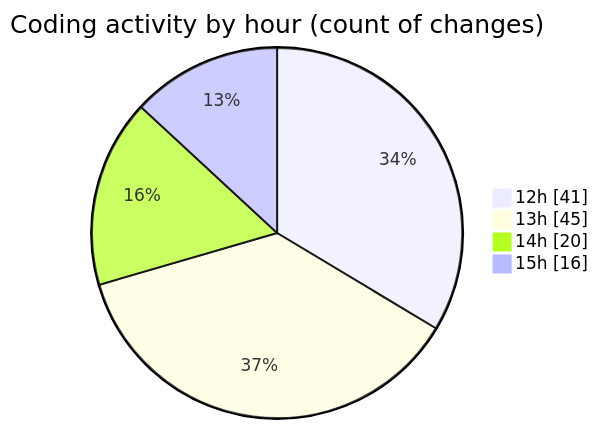
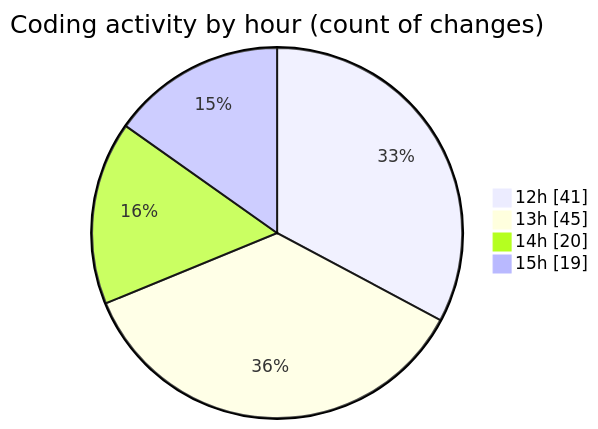
The second of 2 diagrams in 2025-12-02/cda/README.md (momahboobian/code-tracking), drawn with Mermaid before and after one commit. The commit also changed other lines of this file and 1 other file, not shown here.

````diff
--- a/2025-12-02/cda/README.md
+++ b/2025-12-02/cda/README.md
@@ -40,8 +40,8 @@
 ```mermaid
 pie showData
 title Coding activity by hour (count of changes)
 "12h" : 41
 "13h" : 45
 "14h" : 20
-"15h" : 16
+"15h" : 19
 ```
````
